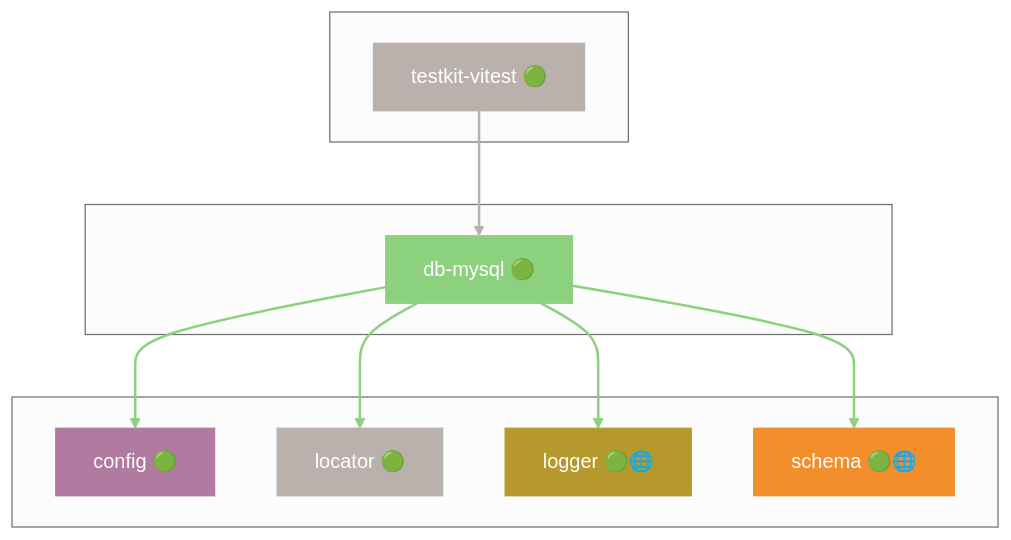
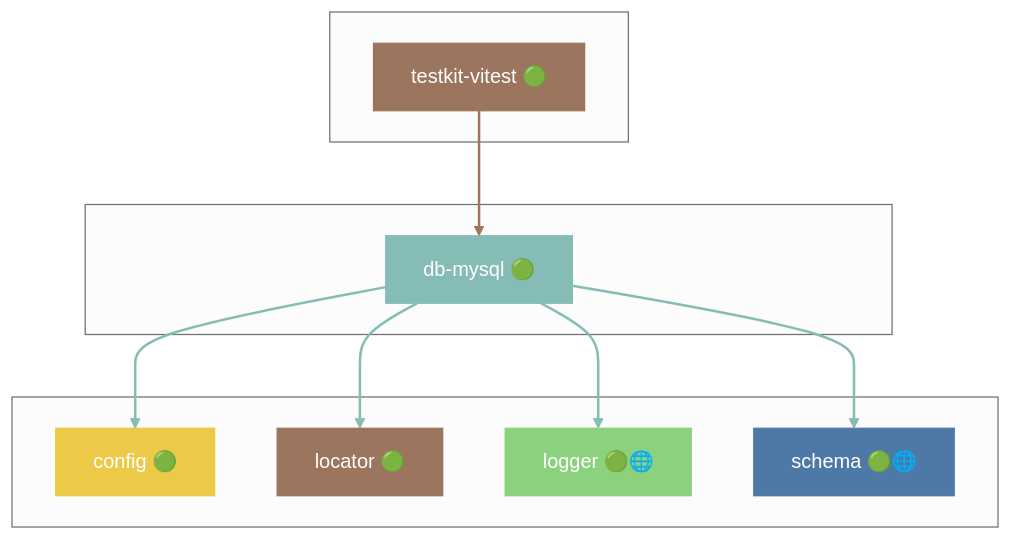
One commit to grest-ts/grest-ts changed diagram 12 of 49 in docs/DEPENDENCIES.md. Above: the diagram before and after it, drawn with Mermaid (neutral theme). The commit also changed other lines of this file and 8 other files, not shown here.

````diff
--- a/docs/DEPENDENCIES.md
+++ b/docs/DEPENDENCIES.md
@@ -917,31 +883,31 @@
 ```mermaid
 flowchart TB
     subgraph Dependents[" "]
         testkit-vitest["testkit-vitest 🟢"]
     end
     subgraph Package[" "]
         db-mysql["db-mysql 🟢"]
     end
     subgraph Dependencies[" "]
         config["config 🟢"]
         locator["locator 🟢"]
         logger["logger 🟢🌐"]
         schema["schema 🟢🌐"]
     end
     testkit-vitest --> db-mysql
     db-mysql --> config
     db-mysql --> locator
     db-mysql --> logger
     db-mysql --> schema
-    style db-mysql fill:#8CD17D,stroke:#8CD17D,color:#fff
-    style testkit-vitest fill:#BAB0AC,stroke:#BAB0AC,color:#fff
-    style config fill:#B07AA1,stroke:#B07AA1,color:#fff
-    style locator fill:#BAB0AC,stroke:#BAB0AC,color:#fff
-    style logger fill:#B6992D,stroke:#B6992D,color:#fff
-    style schema fill:#F28E2B,stroke:#F28E2B,color:#fff
-    linkStyle 0 stroke:#BAB0AC,stroke-width:2px
-    linkStyle 1 stroke:#8CD17D,stroke-width:2px
-    linkStyle 2 stroke:#8CD17D,stroke-width:2px
-    linkStyle 3 stroke:#8CD17D,stroke-width:2px
-    linkStyle 4 stroke:#8CD17D,stroke-width:2px
+    style db-mysql fill:#86BCB6,stroke:#86BCB6,color:#fff
+    style testkit-vitest fill:#9C755F,stroke:#9C755F,color:#fff
+    style config fill:#EDC948,stroke:#EDC948,color:#fff
+    style locator fill:#9C755F,stroke:#9C755F,color:#fff
+    style logger fill:#8CD17D,stroke:#8CD17D,color:#fff
+    style schema fill:#4E79A7,stroke:#4E79A7,color:#fff
+    linkStyle 0 stroke:#9C755F,stroke-width:2px
+    linkStyle 1 stroke:#86BCB6,stroke-width:2px
+    linkStyle 2 stroke:#86BCB6,stroke-width:2px
+    linkStyle 3 stroke:#86BCB6,stroke-width:2px
+    linkStyle 4 stroke:#86BCB6,stroke-width:2px
 ```
````
